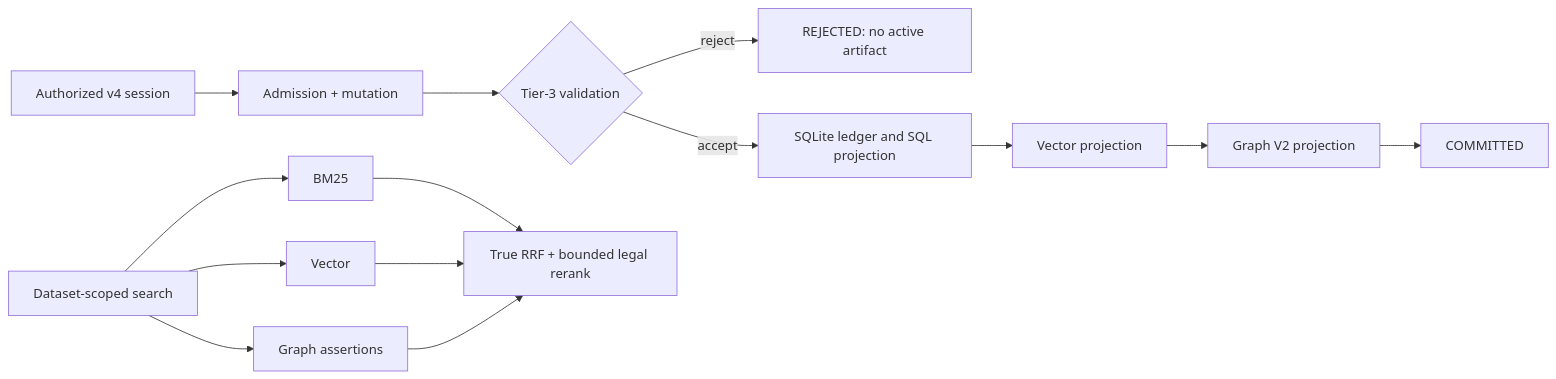
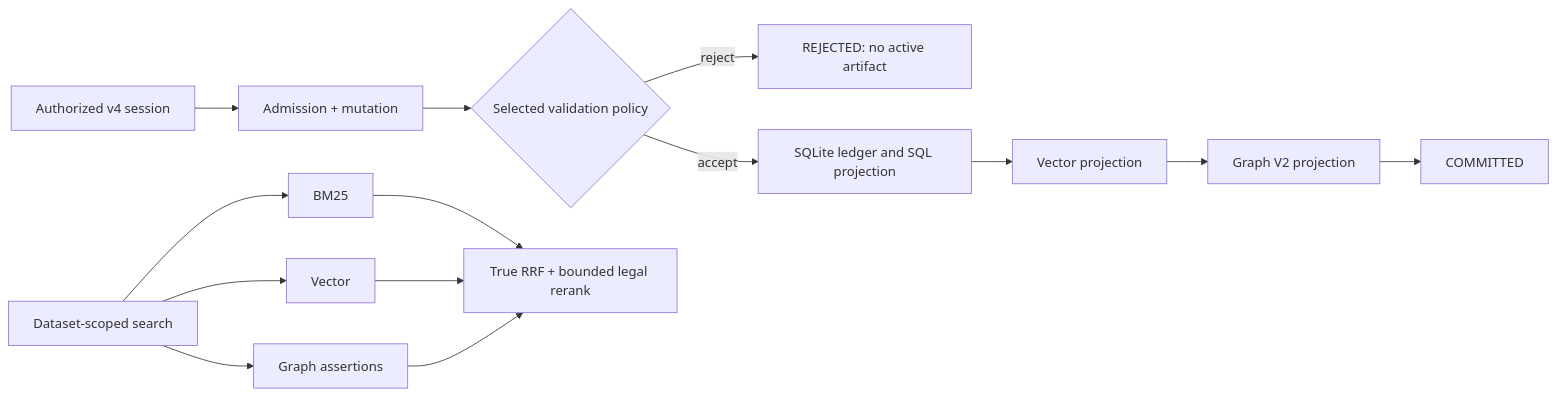
Before and after one commit to Yasou13/MESA: the diagram in README.md, drawn with Mermaid. The commit also changed other lines of this file and 4 other files, not shown here.

Commit message:
docs(validation): align supported surfaces with policy modes

````diff
--- a/README.md
+++ b/README.md
@@ -401,16 +402,16 @@
 ```mermaid
 flowchart LR
     C[Authorized v4 session] --> A[Admission + mutation]
-    A --> V{Tier-3 validation}
+    A --> V{Selected validation policy}
     V -->|reject| R[REJECTED: no active artifact]
     V -->|accept| L[SQLite ledger and SQL projection]
     L --> X[Vector projection]
     X --> G[Graph V2 projection]
     G --> M[COMMITTED]
     S[Dataset-scoped search] --> B[BM25]
     S --> E[Vector]
     S --> Q[Graph assertions]
     B --> F[True RRF + bounded legal rerank]
     E --> F
     Q --> F
 ```
````
